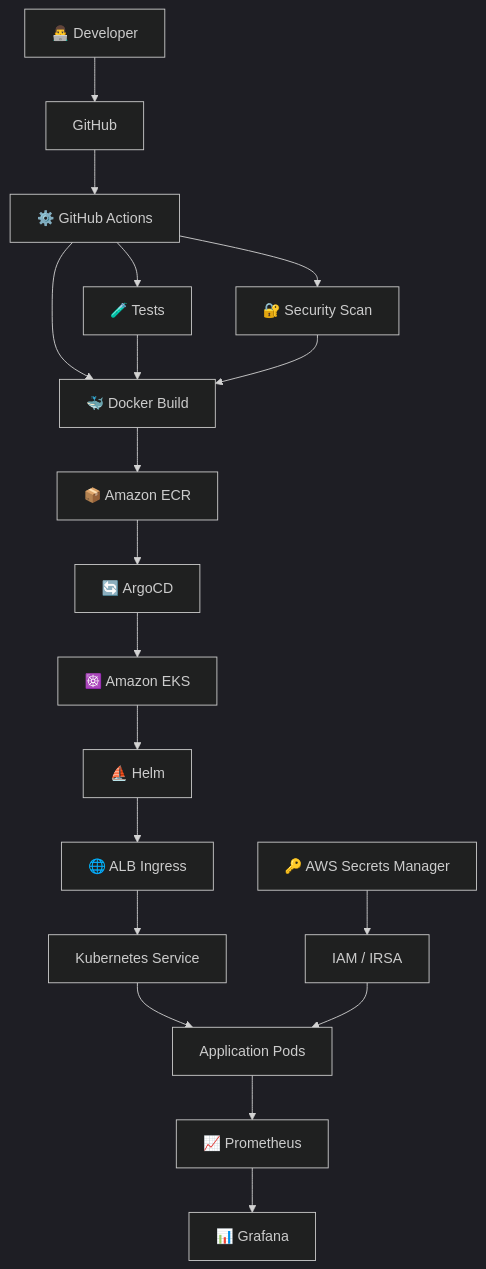
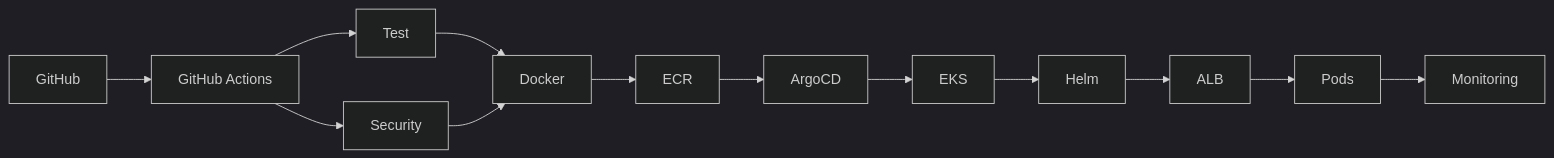
The third of 7 diagrams in README.md (harshithrosun2705-star/harshithrosun2705-star), drawn with Mermaid (dark theme) before and after one commit. The commit also changed other lines of this file, not shown here.

````diff
--- a/README.md
+++ b/README.md
@@ -422,36 +574,31 @@
 ```mermaid
-flowchart TD
+flowchart LR
 
-    DEV["👨‍💻 Developer"] --> GH["GitHub"]
+    G["GitHub"]
+    A["GitHub Actions"]
+    T["Test"]
+    S["Security"]
+    D["Docker"]
+    R["ECR"]
+    AR["ArgoCD"]
+    K["EKS"]
+    H["Helm"]
+    LB["ALB"]
+    P["Pods"]
+    M["Monitoring"]
 
-    GH --> CI["⚙️ GitHub Actions"]
+    G --> A
+    A --> T
+    A --> S
 
-    CI --> TEST["🧪 Tests"]
-    CI --> SECURITY["🔐 Security Scan"]
-    CI --> BUILD["🐳 Docker Build"]
+    T --> D
+    S --> D
 
-    TEST --> BUILD
-    SECURITY --> BUILD
-
-    BUILD --> ECR["📦 Amazon ECR"]
-
-    ECR --> ARGO["🔄 ArgoCD"]
-
-    ARGO --> EKS["☸️ Amazon EKS"]
-
-    EKS --> HELM["⛵ Helm"]
-
-    HELM --> ALB["🌐 ALB Ingress"]
-
-    ALB --> SERVICE["Kubernetes Service"]
-
-    SERVICE --> PODS["Application Pods"]
-
-    SECRETS["🔑 AWS Secrets Manager"] --> IRSA["IAM / IRSA"]
-
-    IRSA --> PODS
-
-    PODS --> PROM["📈 Prometheus"]
-
-    PROM --> GRAFANA["📊 Grafana"]
+    D --> R
+    R --> AR
+    AR --> K
+    K --> H
+    H --> LB
+    LB --> P
+    P --> M
 ```
````
